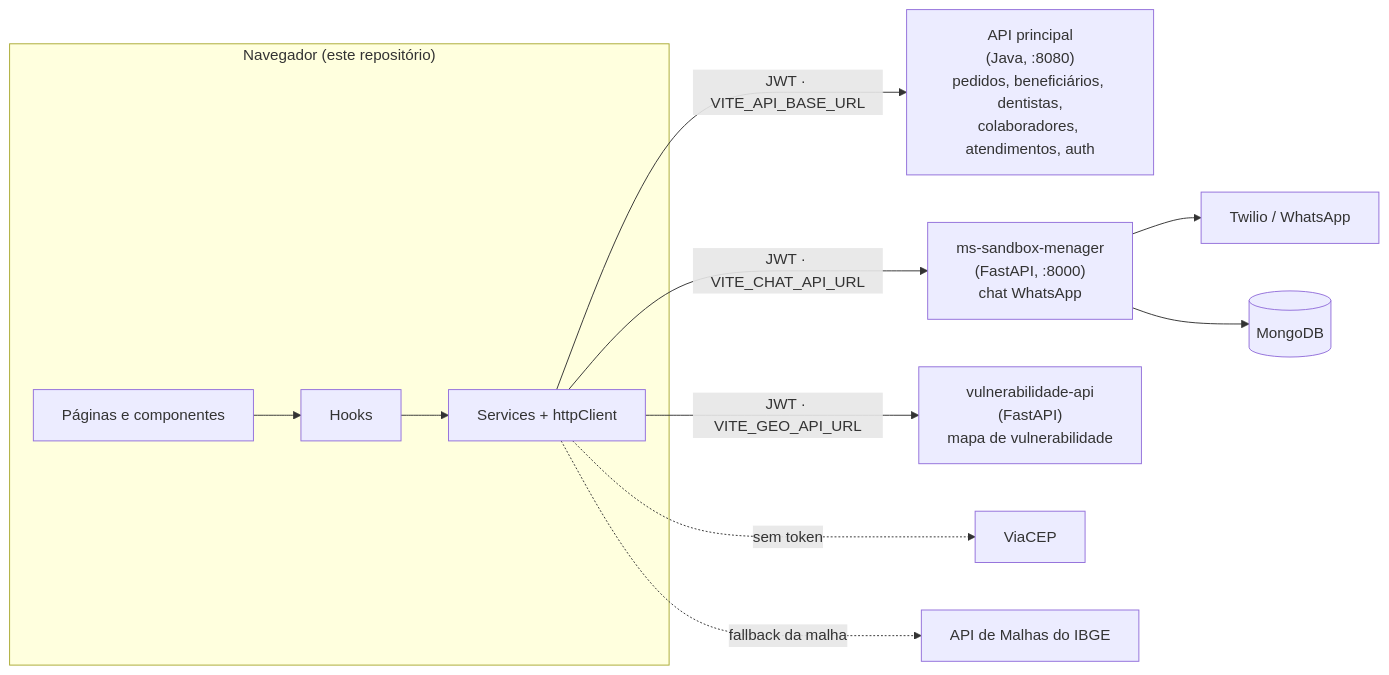
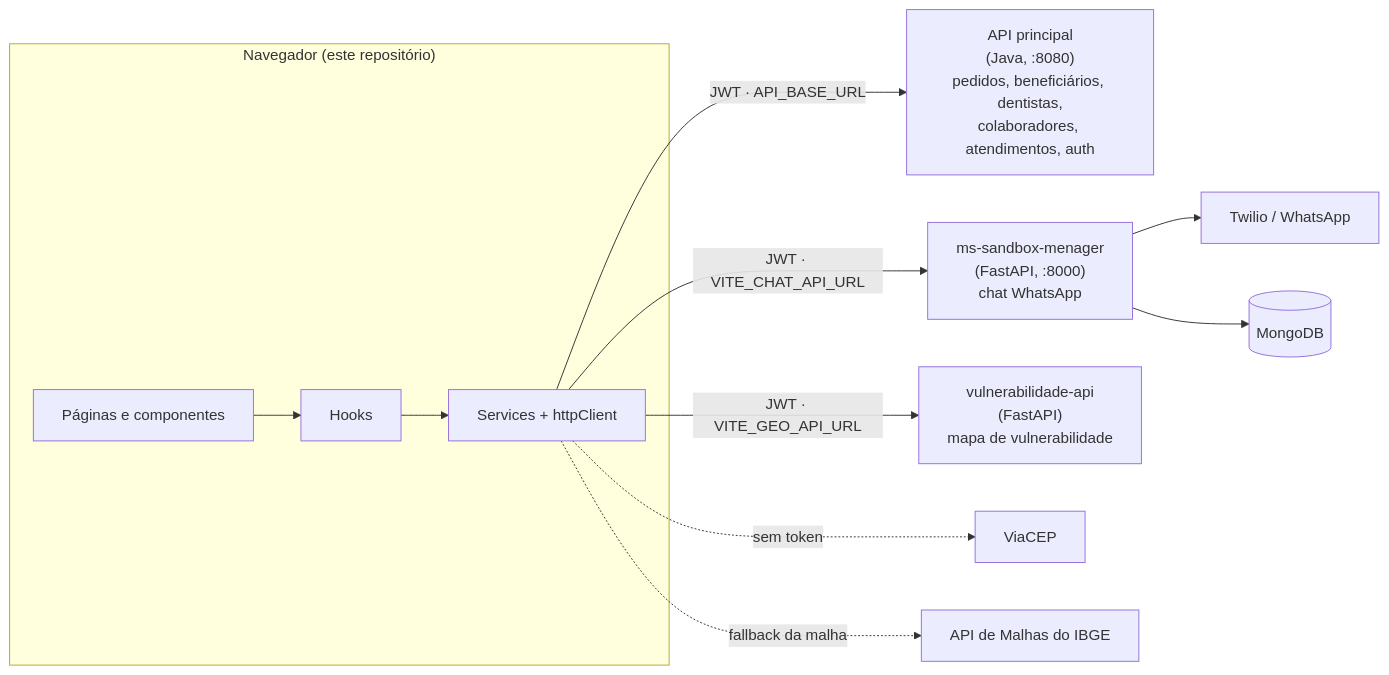
One commit to TdB-PlataformaRaizDoBem/Raiz-do-Bem changed the first of 4 diagrams in ARCHITECTURE.md. Above: the diagram before and after it, drawn with Mermaid. The commit also changed other lines of this file and 13 other files, not shown here.

````diff
--- a/ARCHITECTURE.md
+++ b/ARCHITECTURE.md
@@ -24,18 +24,18 @@
 ```mermaid
 flowchart LR
     subgraph Navegador["Navegador (este repositório)"]
         UI["Páginas e componentes"]
         H["Hooks"]
         S["Services + httpClient"]
         UI --> H --> S
     end
 
-    S -->|"JWT · VITE_API_BASE_URL"| API["API principal<br/>(Java, :8080)<br/>pedidos, beneficiários, dentistas,<br/>colaboradores, atendimentos, auth"]
+    S -->|"JWT · API_BASE_URL"| API["API principal<br/>(Java, :8080)<br/>pedidos, beneficiários, dentistas,<br/>colaboradores, atendimentos, auth"]
     S -->|"JWT · VITE_CHAT_API_URL"| CHAT["ms-sandbox-menager<br/>(FastAPI, :8000)<br/>chat WhatsApp"]
     S -->|"JWT · VITE_GEO_API_URL"| GEO["vulnerabilidade-api<br/>(FastAPI)<br/>mapa de vulnerabilidade"]
     S -.->|"sem token"| VIACEP["ViaCEP"]
     S -.->|"fallback da malha"| IBGE["API de Malhas do IBGE"]
 
     CHAT --> TWILIO["Twilio / WhatsApp"]
     CHAT --> MONGO[("MongoDB")]
 ```
````
